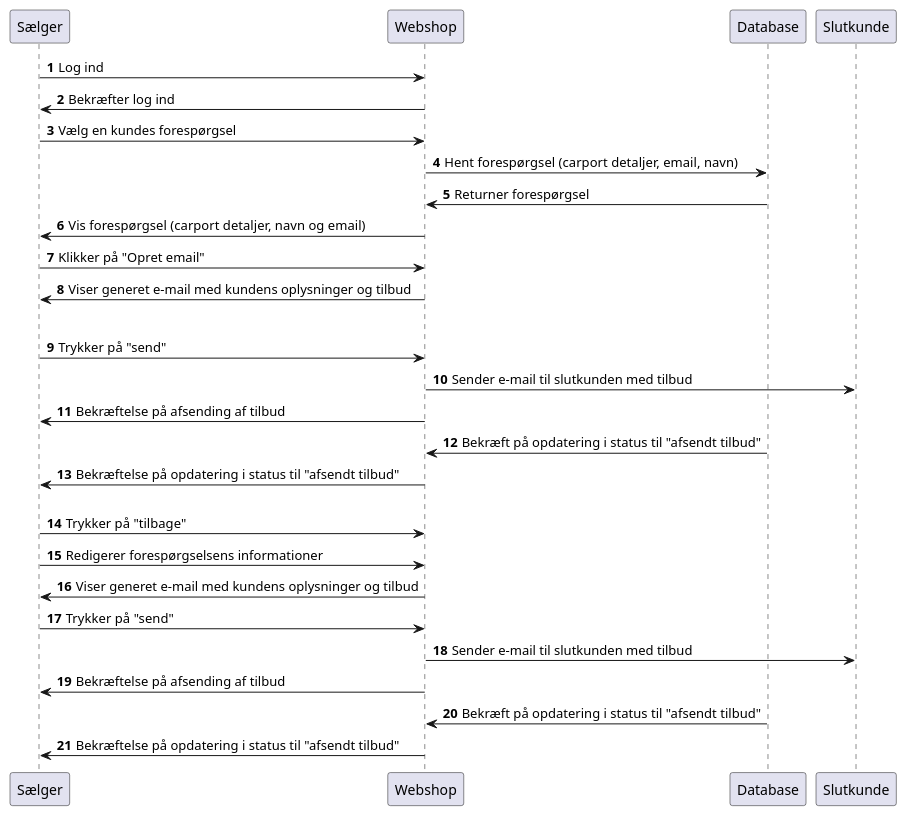
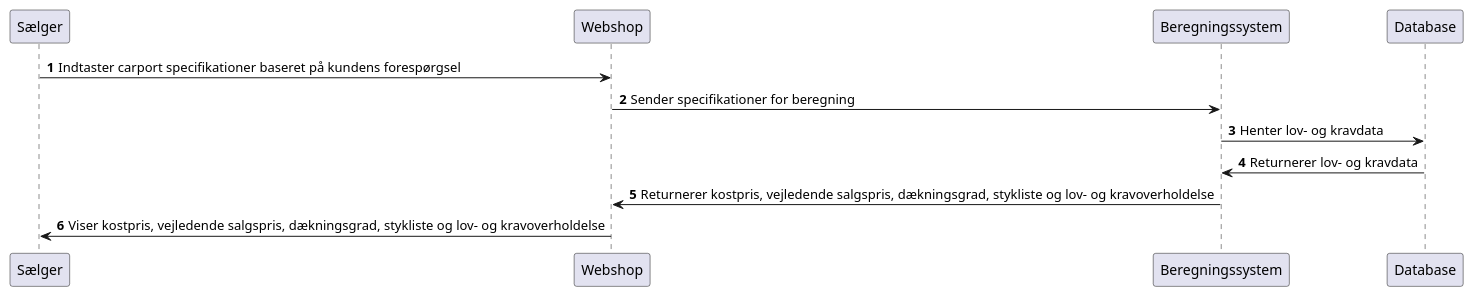
One commit to mridrisisci/fog-projekt changed the diagram in docs/Sequence Diagrams/UserStory6.puml. Above: the diagram before and after it, drawn with PlantUML.

Commit message:
User Story 6 sequence diagram
Det tidligere commit er ikke gældende, da det var bare da jeg oprettede det som en copy paste af en tidligere user story's sequence diagram

```diff
--- a/docs/Sequence Diagrams/UserStory6.puml
+++ b/docs/Sequence Diagrams/UserStory6.puml
@@ -1,34 +1,14 @@
 @startuml
 'https://plantuml.com/sequence-diagram
 
 autonumber
 
-Sælger -> Webshop: Log ind
-Webshop -> Sælger: Bekræfter log ind
+Sælger -> Webshop: Indtaster carport specifikationer baseret på kundens forespørgsel
+Webshop -> Beregningssystem: Sender specifikationer for beregning
 
-Sælger -> Webshop: Vælg en kundes forespørgsel
+Beregningssystem -> Database: Henter lov- og kravdata
+Database -> Beregningssystem: Returnerer lov- og kravdata
 
-Webshop -> Database: Hent forespørgsel (carport detaljer, email, navn)
-Database -> Webshop: Returner forespørgsel
-Webshop -> Sælger: Vis forespørgsel (carport detaljer, navn og email)
-
-Sælger -> Webshop: Klikker på "Opret email"
-
-Webshop -> Sælger: Viser generet e-mail med kundens oplysninger og tilbud
-
-alt E-mail tilfredsstillende
-    Sælger -> Webshop: Trykker på "send"
-    Webshop -> Slutkunde: Sender e-mail til slutkunden med tilbud
-    Webshop -> Sælger: Bekræftelse på afsending af tilbud
-    Database -> Webshop: Bekræft på opdatering i status til "afsendt tilbud"
-    Webshop -> Sælger: Bekræftelse på opdatering i status til "afsendt tilbud"
-else E-mail er ikke tilfredsstillende
-    Sælger -> Webshop: Trykker på "tilbage"
-    Sælger -> Webshop: Redigerer forespørgselsens informationer
-    Webshop -> Sælger: Viser generet e-mail med kundens oplysninger og tilbud
-    Sælger -> Webshop: Trykker på "send"
-    Webshop -> Slutkunde: Sender e-mail til slutkunden med tilbud
-    Webshop -> Sælger: Bekræftelse på afsending af tilbud
-    Database -> Webshop: Bekræft på opdatering i status til "afsendt tilbud"
-    Webshop -> Sælger: Bekræftelse på opdatering i status til "afsendt tilbud"
+Beregningssystem -> Webshop: Returnerer kostpris, vejledende salgspris, dækningsgrad, stykliste og lov- og kravoverholdelse
+Webshop -> Sælger: Viser kostpris, vejledende salgspris, dækningsgrad, stykliste og lov- og kravoverholdelse
 @enduml
```
